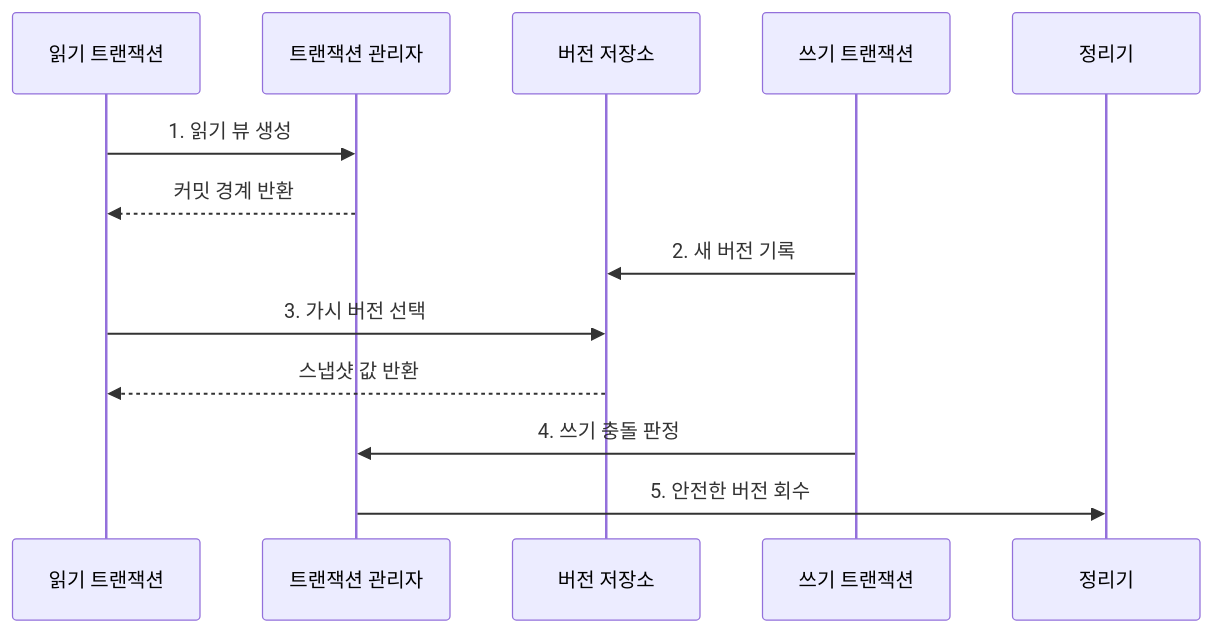
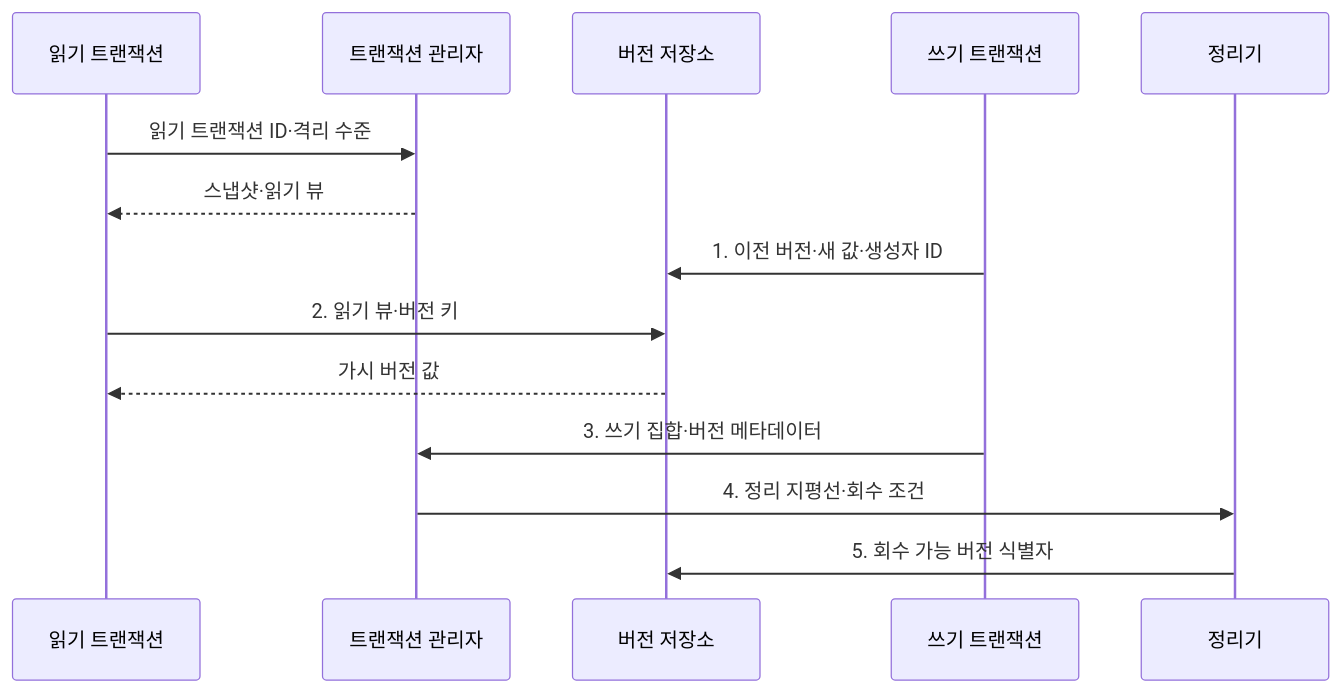
Before and after one commit to agnusdei1207/knowledge-base: the second of 2 diagrams in src/content/docs/notes/03-software/087_mvcc.md, drawn with Mermaid. The commit also changed other lines of this file and 20 other files, not shown here.

````diff
--- a/src/content/docs/notes/03-software/087_mvcc.md
+++ b/src/content/docs/notes/03-software/087_mvcc.md
@@ -77,15 +83,16 @@
 ```mermaid
 sequenceDiagram
     participant R as 읽기 트랜잭션
     participant M as 트랜잭션 관리자
     participant V as 버전 저장소
     participant W as 쓰기 트랜잭션
     participant G as 정리기
-    R->>M: 1. 읽기 뷰 생성
-    M-->>R: 커밋 경계 반환
-    W->>V: 2. 새 버전 기록
-    R->>V: 3. 가시 버전 선택
-    V-->>R: 스냅샷 값 반환
-    W->>M: 4. 쓰기 충돌 판정
-    M->>G: 5. 안전한 버전 회수
+    R->>M: 읽기 트랜잭션 ID·격리 수준
+    M-->>R: 스냅샷·읽기 뷰
+    W->>V: 1. 이전 버전·새 값·생성자 ID
+    R->>V: 2. 읽기 뷰·버전 키
+    V-->>R: 가시 버전 값
+    W->>M: 3. 쓰기 집합·버전 메타데이터
+    M->>G: 4. 정리 지평선·회수 조건
+    G->>V: 5. 회수 가능 버전 식별자
 ```
````
